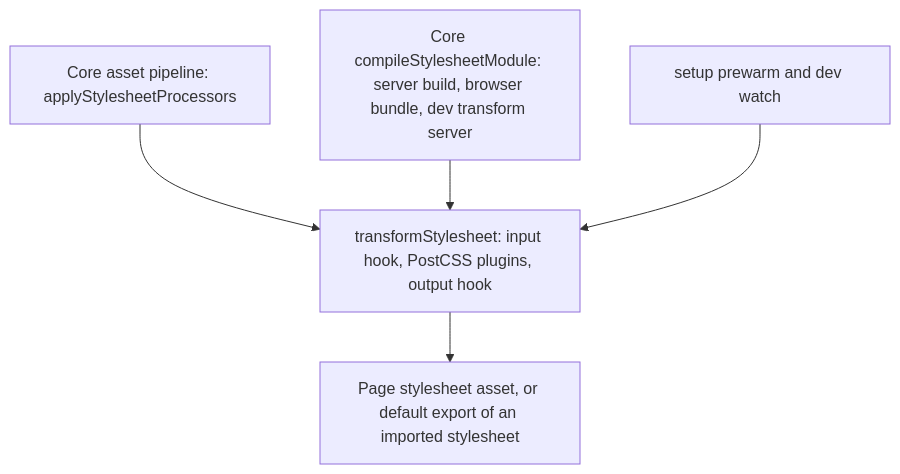
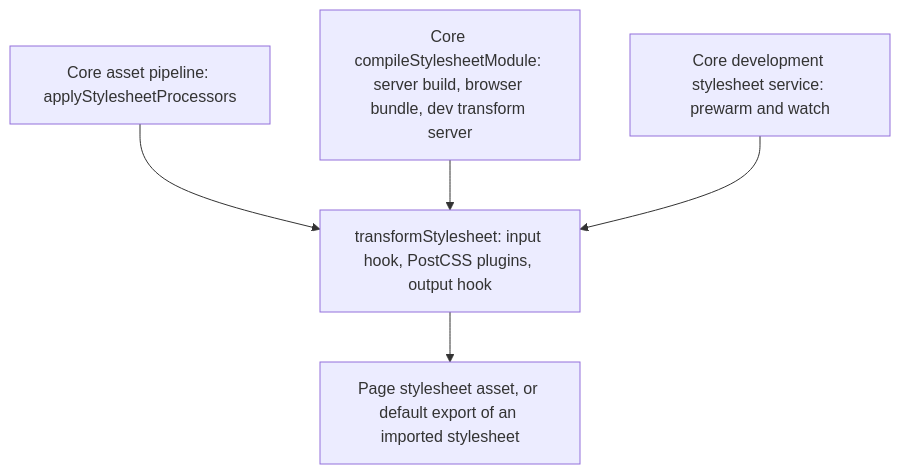
Before and after one commit to ecopages/ecopages: the diagram in apps/docs/src/content/dev/postcss-processor.mdx, drawn with Mermaid. The commit also changed other lines of this file and 23 other files, not shown here.

First line of the commit message:
docs: describe the core stylesheet lifecycle and the { css, dependencies } contract

````diff
--- a/apps/docs/src/content/dev/postcss-processor.mdx
+++ b/apps/docs/src/content/dev/postcss-processor.mdx
@@ -28,8 +30,8 @@
 ```mermaid
 flowchart TD
   T["transformStylesheet: input hook, PostCSS plugins, output hook"]
   A["Core asset pipeline: applyStylesheetProcessors"] --> T
   B["Core compileStylesheetModule: server build, browser bundle, dev transform server"] --> T
-  C["setup prewarm and dev watch"] --> T
+  C["Core development stylesheet service: prewarm and watch"] --> T
   T --> D["Page stylesheet asset, or default export of an imported stylesheet"]
 ```
````
